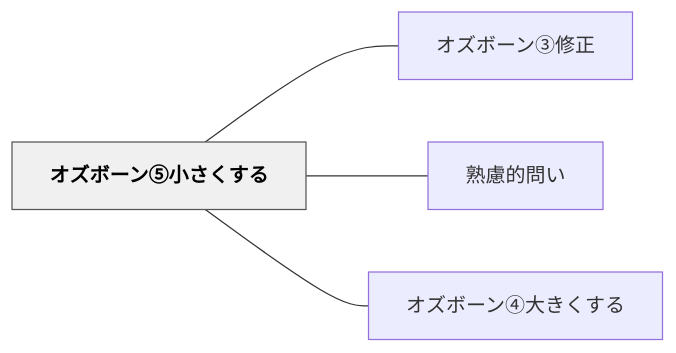
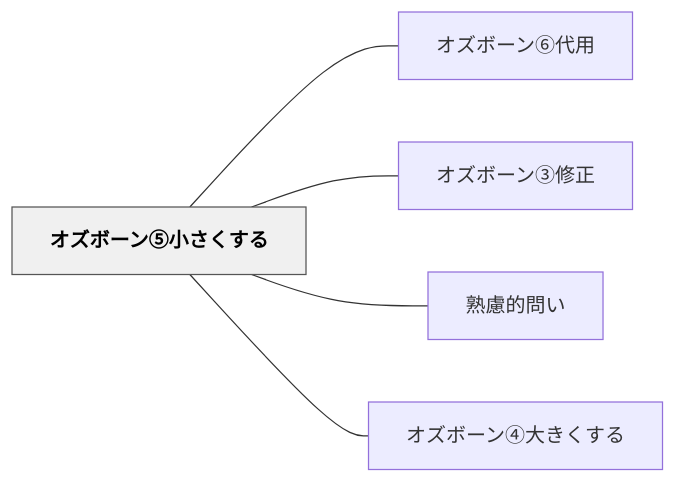
The diagram in content/パタン/オズボーン⑤小さくする.md (unknownthings-ed-patterns/unknownthings-ed-patterns), drawn with Mermaid before and after one commit. The commit also changed other lines of this file and 44 other files, not shown here.

````diff
--- a/content/パタン/オズボーン⑤小さくする.md
+++ b/content/パタン/オズボーン⑤小さくする.md
@@ -46,14 +47,16 @@
 ```mermaid
 flowchart LR
     ne382aae382bae3839ce383bce383b3e291a4e5b08fe38195e3818fe38199e3828b["オズボーン⑤小さくする"]
+    ne382aae382bae3839ce383bce383b3e291a5e4bba3e794a8["オズボーン⑥代用"]
     ne382aae382bae3839ce383bce383b3e291a2e4bfaee6ada3["オズボーン③修正"]
     ne7869fe685aee79a84e5958fe38184["熟慮的問い"]
     ne382aae382bae3839ce383bce383b3e291a3e5a4a7e3818de3818fe38199e3828b["オズボーン④大きくする"]
 
+    ne382aae382bae3839ce383bce383b3e291a4e5b08fe38195e3818fe38199e3828b --- ne382aae382bae3839ce383bce383b3e291a5e4bba3e794a8
     ne382aae382bae3839ce383bce383b3e291a4e5b08fe38195e3818fe38199e3828b --- ne382aae382bae3839ce383bce383b3e291a2e4bfaee6ada3
     ne382aae382bae3839ce383bce383b3e291a4e5b08fe38195e3818fe38199e3828b --- ne7869fe685aee79a84e5958fe38184
     ne382aae382bae3839ce383bce383b3e291a4e5b08fe38195e3818fe38199e3828b --- ne382aae382bae3839ce383bce383b3e291a3e5a4a7e3818de3818fe38199e3828b
 
     classDef hub fill:#f0f0f0,stroke:#555,color:#000,font-weight:bold
     class ne382aae382bae3839ce383bce383b3e291a4e5b08fe38195e3818fe38199e3828b hub
 ```
````
